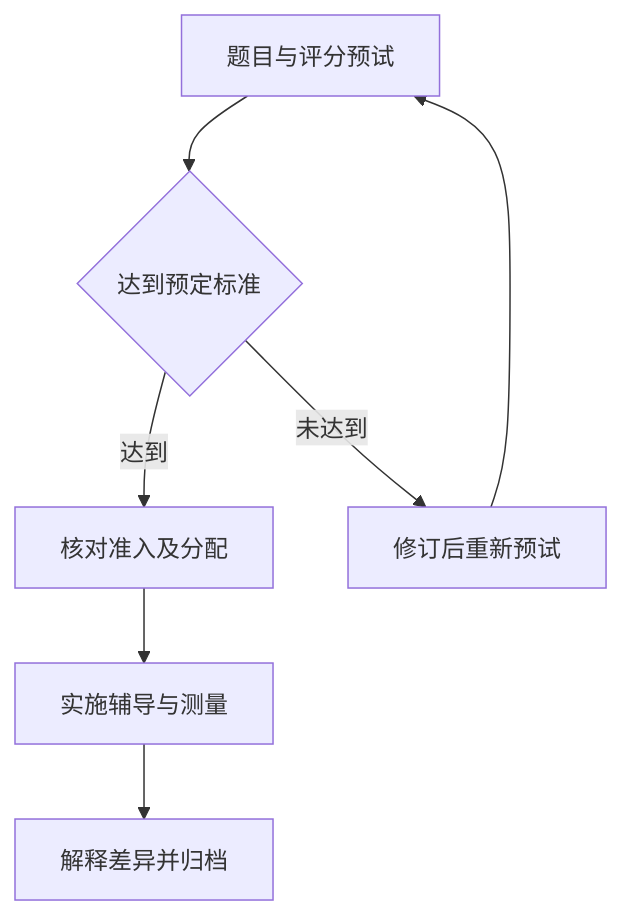
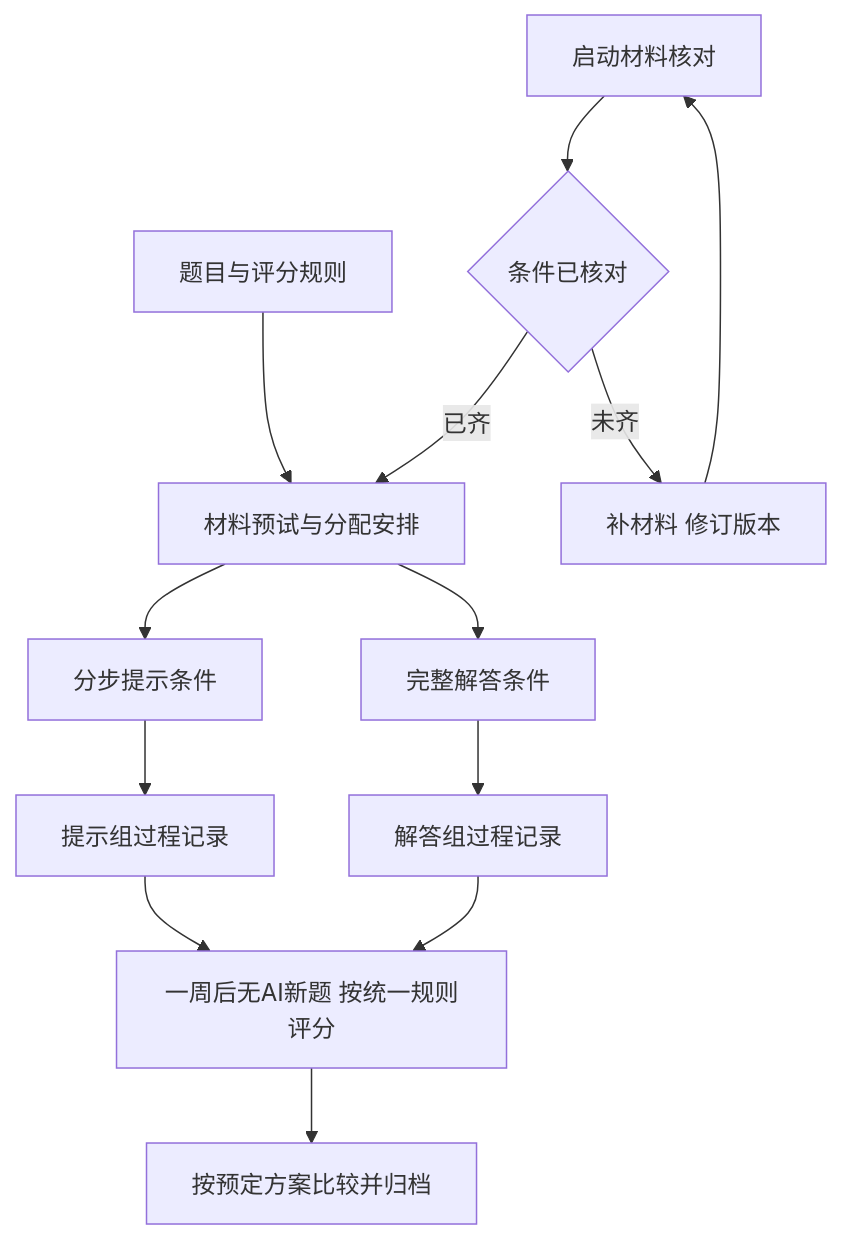
Before and after one commit to RuthlessCreature/University-Agent: the diagram in training/section-10/grant-packet/研究技术路线.mmd, drawn with Mermaid. The commit also changed 78 other files, not shown here.

```diff
--- a/training/section-10/grant-packet/研究技术路线.mmd
+++ b/training/section-10/grant-packet/研究技术路线.mmd
@@ -1,7 +1,13 @@
 flowchart TD
- A[题目与评分预试] --> B{达到预定标准}
- B -->|达到| C[核对准入及分配]
- B -->|未达到| D[修订后重新预试]
- D --> A
- C --> E[实施辅导与测量]
- E --> F[解释差异并归档]
+ A[题目与评分规则] --> B[材料预试与分配安排]
+ B --> C[分步提示条件]
+ B --> D[完整解答条件]
+ C --> E[提示组过程记录]
+ D --> F[解答组过程记录]
+ E --> G[一周后无AI新题 按统一规则评分]
+ F --> G
+ G --> H[按预定方案比较并归档]
+ I[启动材料核对] --> J{条件已核对}
+ J -->|未齐| K[补材料 修订版本]
+ K --> I
+ J -->|已齐| B
```
